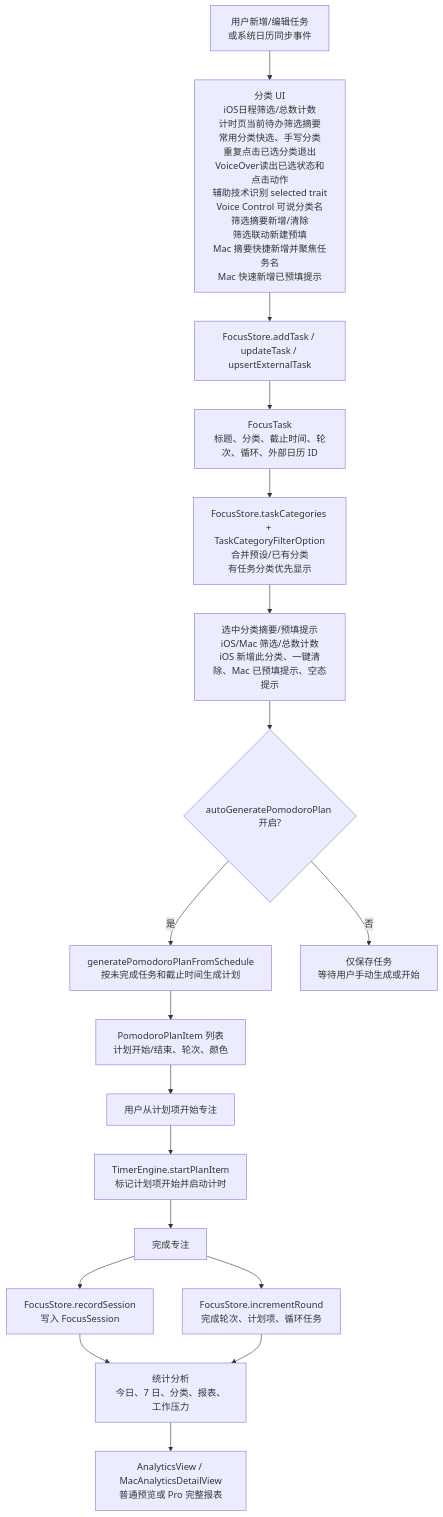
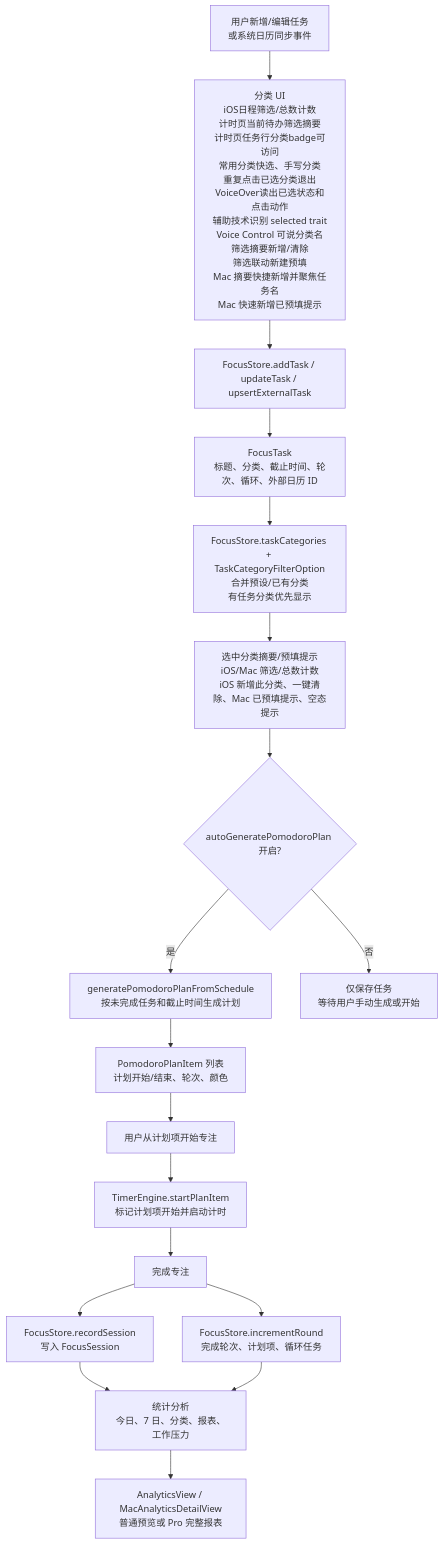
Before and after one commit to Altman-sam114/114: the third of 6 diagrams in md/flow/flowchart.md, drawn with Mermaid. The commit also changed other lines of this file and 7 other files, not shown here.

````diff
--- a/md/flow/flowchart.md
+++ b/md/flow/flowchart.md
@@ -63,20 +63,20 @@
 ```mermaid
 flowchart TD
-  A["用户新增/编辑任务<br/>或系统日历同步事件"] --> P0["分类 UI<br/>iOS日程筛选/总数计数<br/>计时页当前待办筛选摘要<br/>常用分类快选、手写分类<br/>重复点击已选分类退出<br/>VoiceOver读出已选状态和点击动作<br/>辅助技术识别 selected trait<br/>Voice Control 可说分类名<br/>筛选摘要新增/清除<br/>筛选联动新建预填<br/>Mac 摘要快捷新增并聚焦任务名<br/>Mac 快速新增已预填提示"]
+  A["用户新增/编辑任务<br/>或系统日历同步事件"] --> P0["分类 UI<br/>iOS日程筛选/总数计数<br/>计时页当前待办筛选摘要<br/>计时页任务行分类badge可访问<br/>常用分类快选、手写分类<br/>重复点击已选分类退出<br/>VoiceOver读出已选状态和点击动作<br/>辅助技术识别 selected trait<br/>Voice Control 可说分类名<br/>筛选摘要新增/清除<br/>筛选联动新建预填<br/>Mac 摘要快捷新增并聚焦任务名<br/>Mac 快速新增已预填提示"]
   P0 --> B["FocusStore.addTask / updateTask / upsertExternalTask"]
   B --> C["FocusTask<br/>标题、分类、截止时间、轮次、循环、外部日历 ID"]
   C --> C2["FocusStore.taskCategories + TaskCategoryFilterOption<br/>合并预设/已有分类<br/>有任务分类优先显示"]
   C2 --> C3["选中分类摘要/预填提示<br/>iOS/Mac 筛选/总数计数<br/>iOS 新增此分类、一键清除、Mac 已预填提示、空态提示"]
   C3 --> D{"autoGeneratePomodoroPlan 开启?"}
   D -->|是| E["generatePomodoroPlanFromSchedule<br/>按未完成任务和截止时间生成计划"]
   D -->|否| F["仅保存任务<br/>等待用户手动生成或开始"]
   E --> G["PomodoroPlanItem 列表<br/>计划开始/结束、轮次、颜色"]
   G --> H["用户从计划项开始专注"]
   H --> I["TimerEngine.startPlanItem<br/>标记计划项开始并启动计时"]
   I --> J["完成专注"]
   J --> K["FocusStore.incrementRound<br/>完成轮次、计划项、循环任务"]
   J --> L["FocusStore.recordSession<br/>写入 FocusSession"]
   L --> M["统计分析<br/>今日、7 日、分类、报表、工作压力"]
   K --> M
   M --> N["AnalyticsView / MacAnalyticsDetailView<br/>普通预览或 Pro 完整报表"]
 ```
````
